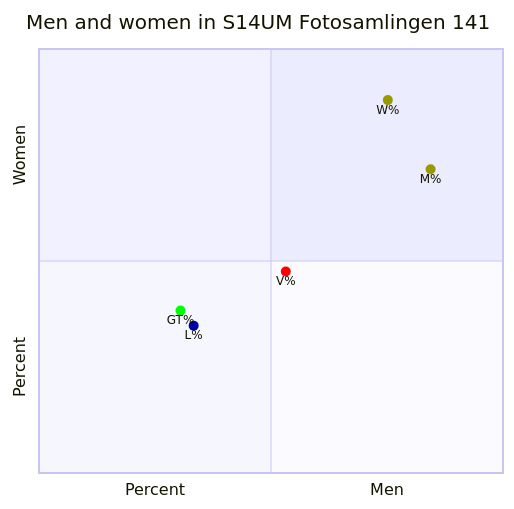
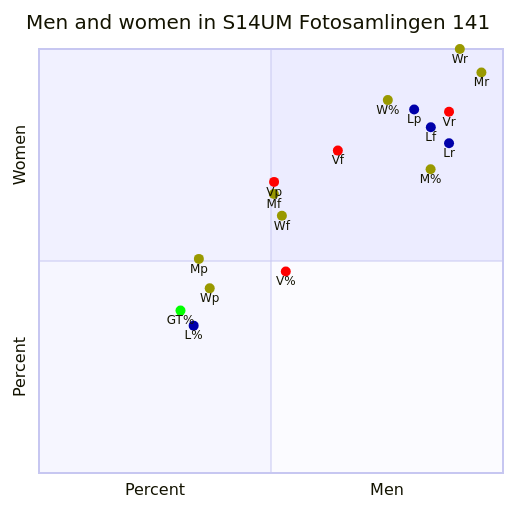
One commit to Modern36/tropes_1500 changed the sixth of 11 diagrams in browser/scatter.md. Above: the diagram before and after it, drawn with Mermaid. The commit also changed other lines of this file and 1 other file, not shown here.

````diff
--- a/browser/scatter.md
+++ b/browser/scatter.md
@@ -92,12 +152,24 @@
 ```mermaid
 quadrantChart
     title Men and women in S14UM Fotosamlingen 141
     x-axis Percent --> Men
     y-axis Percent --> Women
     M%: [0.8439716312056738, 0.7163120567375887] color: #999900
     W%: [0.75177304964539, 0.8794326241134752] color: #999900
     GT%: [0.3049645390070922, 0.3829787234042553] color: #00FF00
     V%: [0.5319148936170213, 0.475177304964539] color: #FF0000
     L%: [0.3333333333333333, 0.3475177304964539] color: #0000AA
+    Lf: [0.8444444444444444, 0.8155339805825242]  color: #0000AA
+    Lp: [0.8085106382978723, 0.8571428571428571]  color: #0000AA
+    Lr: [0.8837209302325582, 0.7777777777777778]  color: #0000AA
+    Vf: [0.6440677966101694, 0.7603305785123967]  color: #FF0000
+    Vp: [0.5066666666666667, 0.6865671641791045]  color: #FF0000
+    Vr: [0.8837209302325582, 0.8518518518518519]  color: #FF0000
+    Wf: [0.5234899328859061, 0.6067415730337079]  color: #999900
+    Wp: [0.36792452830188677, 0.43548387096774194]  color: #999900
+    Wr: [0.9069767441860465, 0.9999]  color: #999900
+    Mf: [0.5061728395061729, 0.6580645161290323]  color: #999900
+    Mp: [0.3445378151260504, 0.504950495049505]  color: #999900
+    Mr: [0.9534883720930233, 0.9444444444444444]  color: #999900
 
 ```
````
